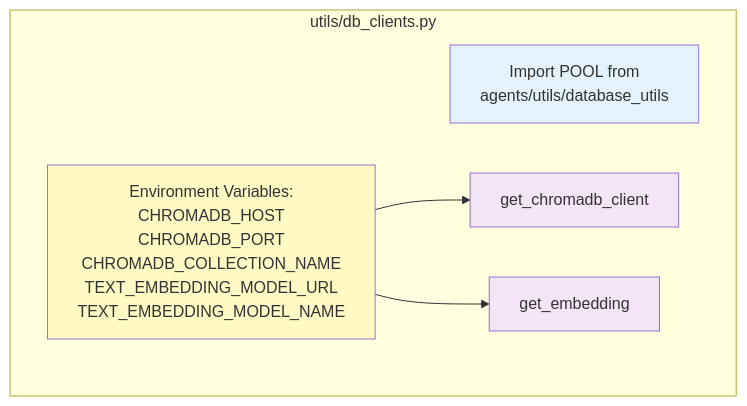
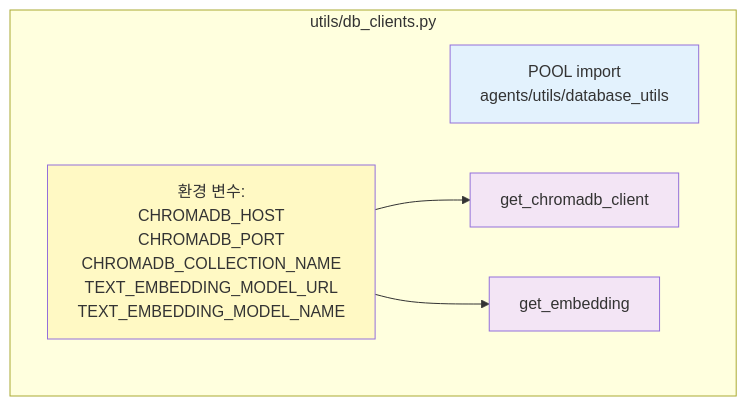
The fifth of 6 diagrams in data_toolbox_archi.md (beyonwr/agent-adk-data-search), drawn with Mermaid before and after one commit. The commit also changed other lines of this file, not shown here.

````diff
--- a/data_toolbox_archi.md
+++ b/data_toolbox_archi.md
@@ -152,19 +152,19 @@
 ```mermaid
 graph TB
     subgraph "utils/db_clients.py"
-        ImportPOOL[Import POOL from<br/>agents/utils/database_utils]
+        ImportPOOL[POOL import<br/>agents/utils/database_utils]
 
         ChromaFunc[get_chromadb_client]
         EmbedFunc[get_embedding]
 
-        EnvVars[Environment Variables:<br/>CHROMADB_HOST<br/>CHROMADB_PORT<br/>CHROMADB_COLLECTION_NAME<br/>TEXT_EMBEDDING_MODEL_URL<br/>TEXT_EMBEDDING_MODEL_NAME]
+        EnvVars[환경 변수:<br/>CHROMADB_HOST<br/>CHROMADB_PORT<br/>CHROMADB_COLLECTION_NAME<br/>TEXT_EMBEDDING_MODEL_URL<br/>TEXT_EMBEDDING_MODEL_NAME]
 
         EnvVars --> ChromaFunc
         EnvVars --> EmbedFunc
     end
 
     style ImportPOOL fill:#e3f2fd
     style ChromaFunc fill:#f3e5f5
     style EmbedFunc fill:#f3e5f5
     style EnvVars fill:#fff9c4
 ```
````
